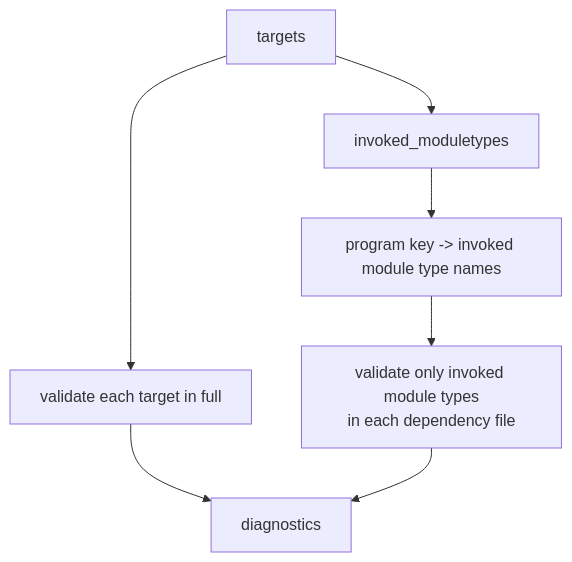
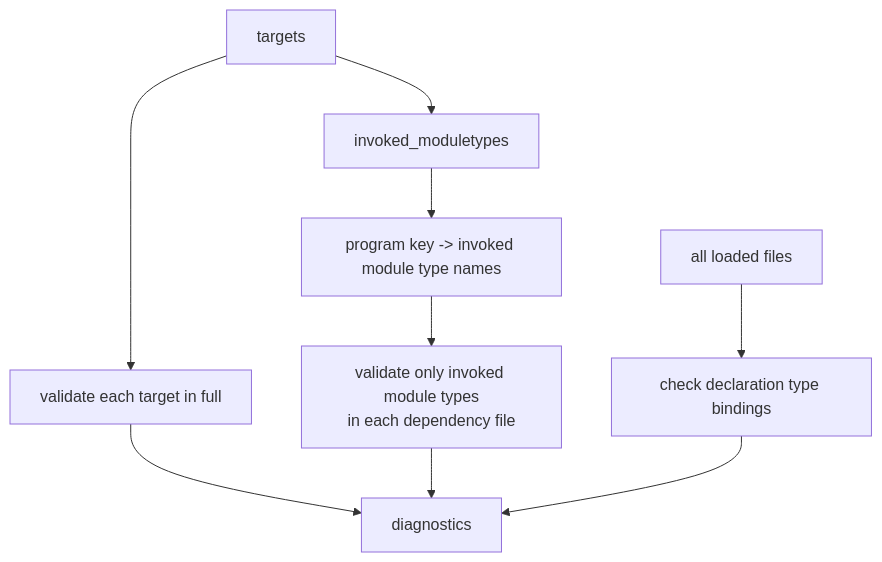
One commit to SorenHJohansen/sattline-parser changed the fifth of 8 diagrams in docs/project.md. Above: the diagram before and after it, drawn with Mermaid. The commit also changed other lines of this file and 15 other files, not shown here.

````diff
--- a/docs/project.md
+++ b/docs/project.md
@@ -402,9 +403,11 @@
 ```mermaid
 flowchart TB
+    A["all loaded files"] --> B["check declaration type bindings"]
     T["targets"] --> R["invoked_moduletypes"]
     R --> M["program key -> invoked module type names"]
     T --> TV["validate each target in full"]
     M --> DV["validate only invoked module types<br/>in each dependency file"]
     TV --> D["diagnostics"]
     DV --> D
+    B --> D
 ```
````
